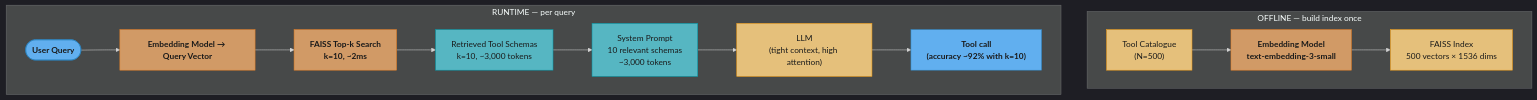
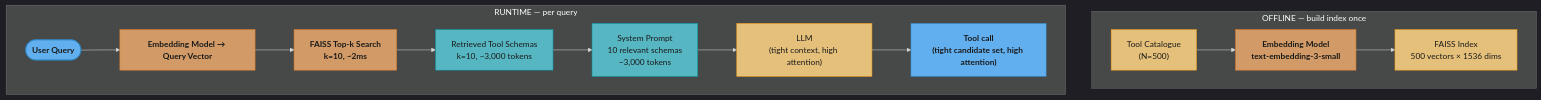
Before and after one commit to rppol/system-design: the second of 5 diagrams in src/main/java/com/rutik/systemdesign/llm/agents_and_tool_use/tool_selection_at_scale.md, drawn with Mermaid. The commit also changed other lines of this file and 113 other files, not shown here.

````diff
--- a/src/main/java/com/rutik/systemdesign/llm/agents_and_tool_use/tool_selection_at_scale.md
+++ b/src/main/java/com/rutik/systemdesign/llm/agents_and_tool_use/tool_selection_at_scale.md
@@ -206,29 +206,29 @@
 ```mermaid
 %%{init: {'flowchart': {'curve': 'basis'}, 'theme': 'dark'}}%%
 flowchart TD
     classDef io      fill:#61afef,stroke:#2e86c1,color:#1a1a1a,font-weight:bold
     classDef frozen  fill:#c678dd,stroke:#9b59b6,color:#fff
     classDef train   fill:#98c379,stroke:#27ae60,color:#1a1a1a
     classDef mathOp  fill:#d19a66,stroke:#e67e22,color:#1a1a1a,font-weight:bold
     classDef lossN   fill:#e06c75,stroke:#c0392b,color:#fff,font-weight:bold
     classDef req     fill:#56b6c2,stroke:#0097a7,color:#1a1a1a
     classDef base    fill:#e5c07b,stroke:#f39c12,color:#1a1a1a
 
     subgraph OFFLINE["OFFLINE — build index once"]
         Catalog["Tool Catalogue\n(N=500)"] --> EmbedOff["Embedding Model\ntext-embedding-3-small"]
         EmbedOff --> Index["FAISS Index\n500 vectors × 1536 dims"]
     end
     subgraph RUNTIME["RUNTIME — per query"]
         Query([User Query]) --> EmbedQ["Embedding Model → Query Vector"]
         EmbedQ --> Search["FAISS Top-k Search\nk=10, ~2ms"]
         Search --> Schemas["Retrieved Tool Schemas\nk=10, ~3,000 tokens"]
         Schemas --> Prompt["System Prompt\n10 relevant schemas\n~3,000 tokens"]
         Prompt --> LLM["LLM\n(tight context, high attention)"]
-        LLM --> Call["Tool call\n(accuracy ~92% with k=10)"]
+        LLM --> Call["Tool call\n(tight candidate set, high attention)"]
     end
 
     class Query,Call io
     class EmbedOff,EmbedQ,Search mathOp
     class Schemas,Prompt req
     class Catalog,Index,LLM base
 ```
````
